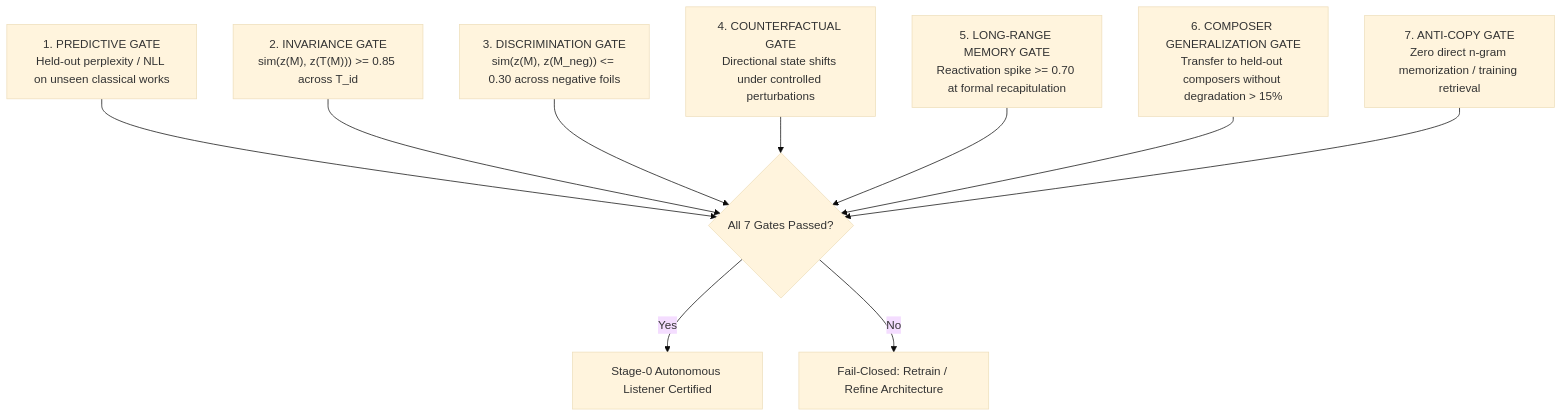
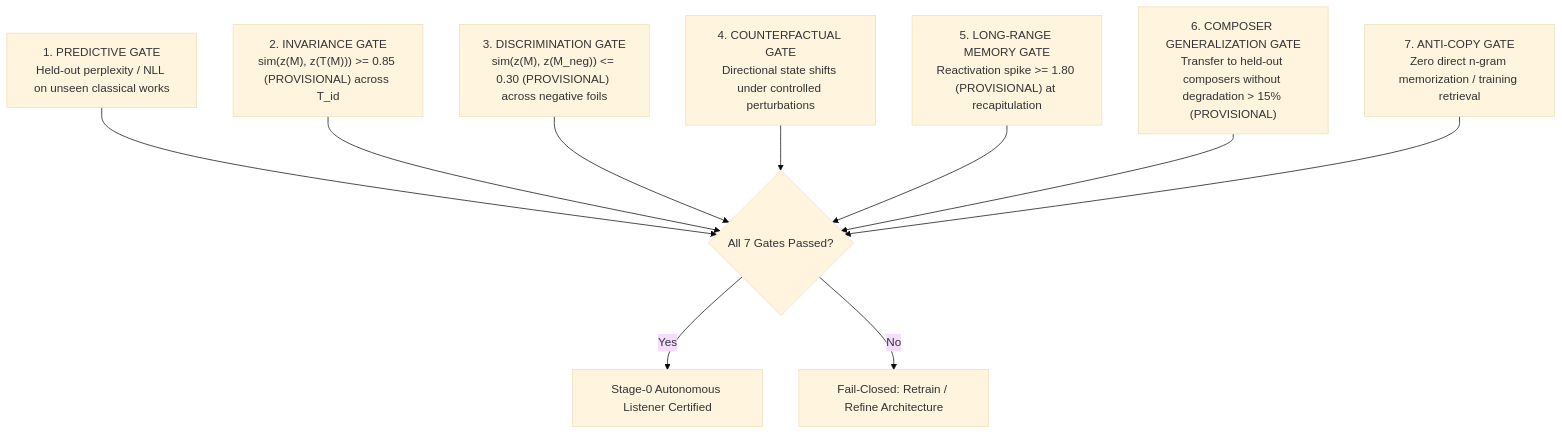
The second of 2 diagrams in docs/research/PF001A_AUTONOMOUS_LISTENER_CONTRACT.md (team-muel/Russian-Piano-Composer), drawn with Mermaid (base theme) before and after one commit. The commit also changed other lines of this file and 5 other files, not shown here.

````diff
--- a/docs/research/PF001A_AUTONOMOUS_LISTENER_CONTRACT.md
+++ b/docs/research/PF001A_AUTONOMOUS_LISTENER_CONTRACT.md
@@ -119,14 +119,14 @@
 ```mermaid
 graph TD
     G1["1. PREDICTIVE GATE<br/>Held-out perplexity / NLL on unseen classical works"]
-    G2["2. INVARIANCE GATE<br/>sim(z(M), z(T(M))) >= 0.85 across T_id"]
-    G3["3. DISCRIMINATION GATE<br/>sim(z(M), z(M_neg)) <= 0.30 across negative foils"]
+    G2["2. INVARIANCE GATE<br/>sim(z(M), z(T(M))) >= 0.85 (PROVISIONAL) across T_id"]
+    G3["3. DISCRIMINATION GATE<br/>sim(z(M), z(M_neg)) <= 0.30 (PROVISIONAL) across negative foils"]
     G4["4. COUNTERFACTUAL GATE<br/>Directional state shifts under controlled perturbations"]
-    G5["5. LONG-RANGE MEMORY GATE<br/>Reactivation spike >= 0.70 at formal recapitulation"]
-    G6["6. COMPOSER GENERALIZATION GATE<br/>Transfer to held-out composers without degradation > 15%"]
+    G5["5. LONG-RANGE MEMORY GATE<br/>Reactivation spike >= 1.80 (PROVISIONAL) at recapitulation"]
+    G6["6. COMPOSER GENERALIZATION GATE<br/>Transfer to held-out composers without degradation > 15% (PROVISIONAL)"]
     G7["7. ANTI-COPY GATE<br/>Zero direct n-gram memorization / training retrieval"]
 
     G1 & G2 & G3 & G4 & G5 & G6 & G7 --> ALL_PASS{"All 7 Gates Passed?"}
     ALL_PASS -- Yes --> APPROVED["Stage-0 Autonomous Listener Certified"]
     ALL_PASS -- No --> BLOCKED["Fail-Closed: Retrain / Refine Architecture"]
 ```
````
